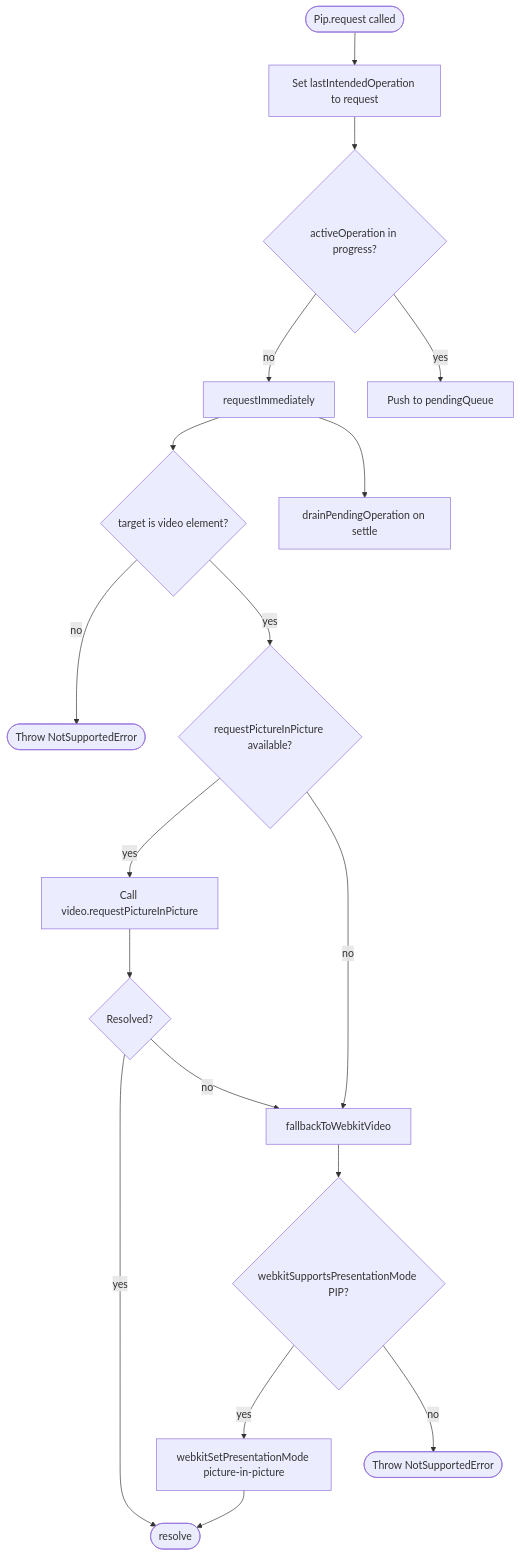
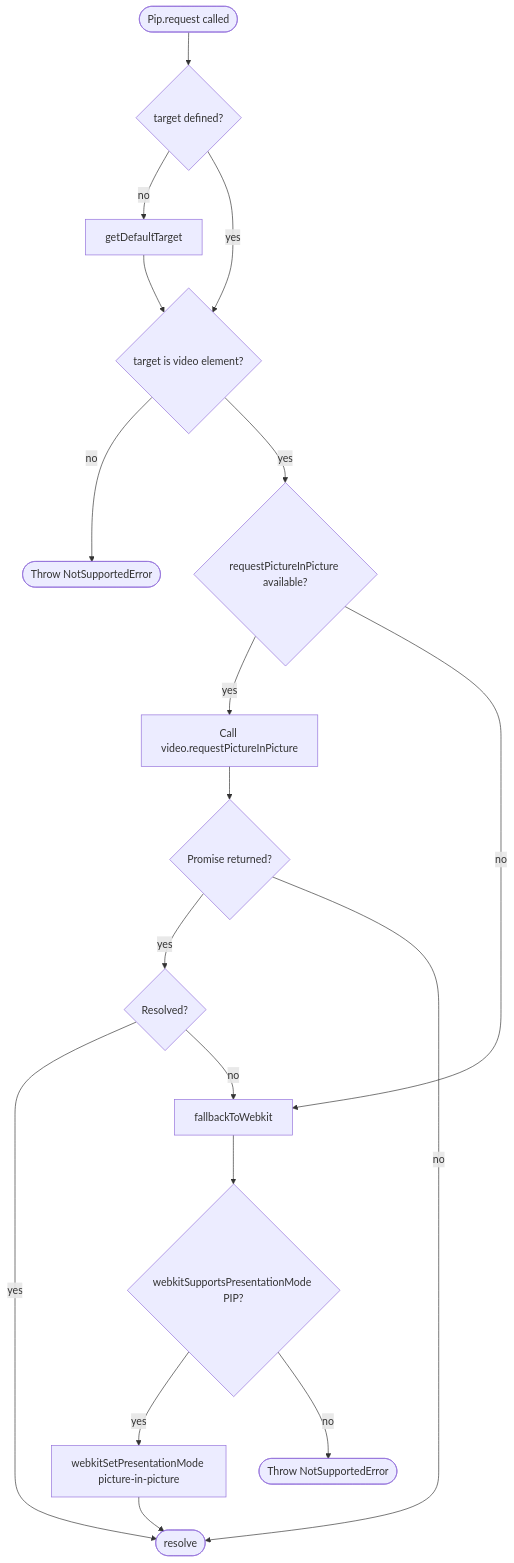
One commit to pjy0509/native-fn changed the eighth of 9 diagrams in README.md. Above: the diagram before and after it, drawn with Mermaid. The commit also changed other lines of this file and 231 other files, not shown here.

````diff
--- a/README.md
+++ b/README.md
@@ -1671,20 +1994,20 @@
 ```mermaid
 flowchart TD
-    A([Pip.request called]) --> B[Set lastIntendedOperation to request]
-    B --> C{activeOperation in progress?}
-    C -->|no| D[requestImmediately]
-    C -->|yes| E[Push to pendingQueue]
-    D --> F{target is video element?}
-    F -->|no| Z([Throw NotSupportedError])
-    F -->|yes| G{requestPictureInPicture available?}
-    G -->|yes| H[Call video.requestPictureInPicture]
-    G -->|no| I[fallbackToWebkitVideo]
-    H --> J{Resolved?}
-    J -->|yes| K([resolve])
-    J -->|no| I
-    I --> L{webkitSupportsPresentationMode PIP?}
-    L -->|yes| M[webkitSetPresentationMode picture-in-picture]
-    M --> K
-    L -->|no| N([Throw NotSupportedError])
-    D --> O[drainPendingOperation on settle]
+    A([Pip.request called]) --> B{target defined?}
+    B -->|no| C[getDefaultTarget]
+    B -->|yes| D{target is video element?}
+    C --> D
+    D -->|no| Z([Throw NotSupportedError])
+    D -->|yes| E{requestPictureInPicture available?}
+    E -->|yes| F[Call video.requestPictureInPicture]
+    E -->|no| G[fallbackToWebkit]
+    F --> H{Promise returned?}
+    H -->|yes| I{Resolved?}
+    I -->|yes| J([resolve])
+    I -->|no| G
+    H -->|no| J
+    G --> K{webkitSupportsPresentationMode PIP?}
+    K -->|yes| L[webkitSetPresentationMode picture-in-picture]
+    L --> J
+    K -->|no| M([Throw NotSupportedError])
 ```
````
